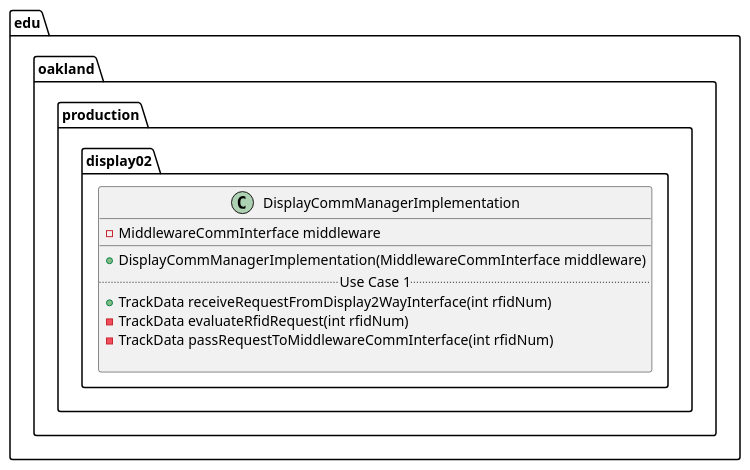
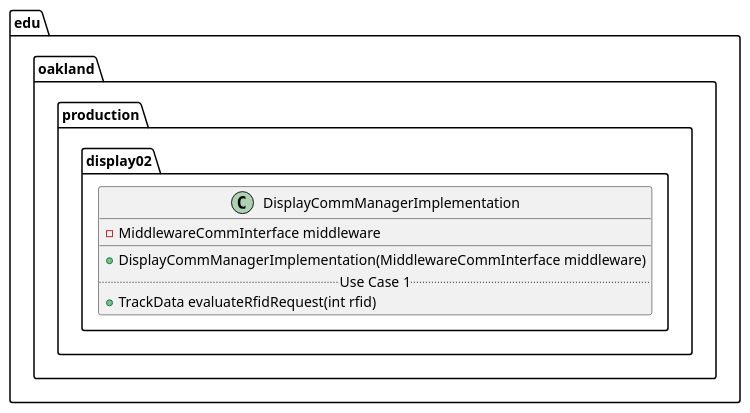
One commit to andrewdimmer/csi-3370-software-project changed the diagram in docs/uml-class-diagrams/display02/production/DisplayCommManagerImplementation/DisplayCommManagerImplementation.puml. Above: the diagram before and after it, drawn with PlantUML. The commit also changed 50 other files, not shown here.

First line of the commit message:
DisplayCommManager Uml Updates (#153)

```diff
--- a/docs/uml-class-diagrams/display02/production/DisplayCommManagerImplementation/DisplayCommManagerImplementation.puml
+++ b/docs/uml-class-diagrams/display02/production/DisplayCommManagerImplementation/DisplayCommManagerImplementation.puml
@@ -1,16 +1,13 @@
 @startuml DisplayCommManagerImplementation
 
 package edu.oakland.production.display02 {
     class DisplayCommManagerImplementation {
         - MiddlewareCommInterface middleware
         __
         + DisplayCommManagerImplementation(MiddlewareCommInterface middleware)
         .. Use Case 1 ..
-        + TrackData receiveRequestFromDisplay2WayInterface(int rfidNum)
-        - TrackData evaluateRfidRequest(int rfidNum)
-        - TrackData passRequestToMiddlewareCommInterface(int rfidNum)
-        
+        + TrackData evaluateRfidRequest(int rfid)        
     }
 }
 
 @enduml
```
